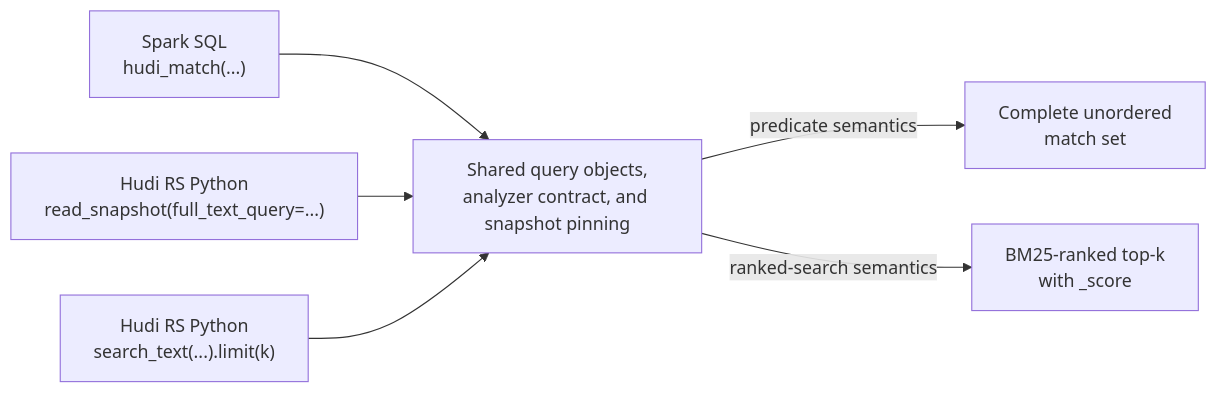
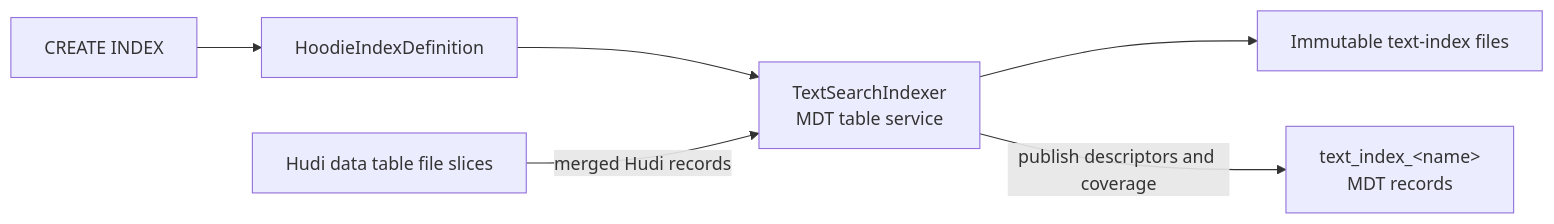
Before and after one commit to apache/hudi: the first of 4 diagrams in rfc/rfc-110/rfc-110.md, drawn with Mermaid. The commit also changed other lines of this file, not shown here.

Commit message:
docs: rewrite RFC-110 with Hudi-first architecture

````diff
--- a/rfc/rfc-110/rfc-110.md
+++ b/rfc/rfc-110/rfc-110.md
@@ -366,15 +368,15 @@
 ```mermaid
 flowchart LR
-    SQL["Spark SQL<br/>hudi_match(...)"]
-    SNAPSHOT["Hudi RS Python<br/>read_snapshot(full_text_query=...)"]
-    SEARCH["Hudi RS Python<br/>search_text(...).limit(k)"]
-    MODEL["Shared query objects,<br/>analyzer contract, and snapshot pinning"]
-    MATCHES["Complete unordered<br/>match set"]
-    RANKED["BM25-ranked top-k<br/>with _score"]
+    CREATE["CREATE INDEX"]
+    DEFINITION["HoodieIndexDefinition"]
+    DATA["Hudi data table file slices"]
+    INDEXER["TextSearchIndexer<br/>MDT table service"]
+    FILES["Immutable text-index files"]
+    MDT["text_index_&lt;name&gt;<br/>MDT records"]
 
-    SQL --> MODEL
-    SNAPSHOT --> MODEL
-    SEARCH --> MODEL
-    MODEL -->|"predicate semantics"| MATCHES
-    MODEL -->|"ranked-search semantics"| RANKED
+    CREATE --> DEFINITION
+    DEFINITION --> INDEXER
+    DATA -->|"merged Hudi records"| INDEXER
+    INDEXER --> FILES
+    INDEXER -->|"publish descriptors and coverage"| MDT
 ```
````
